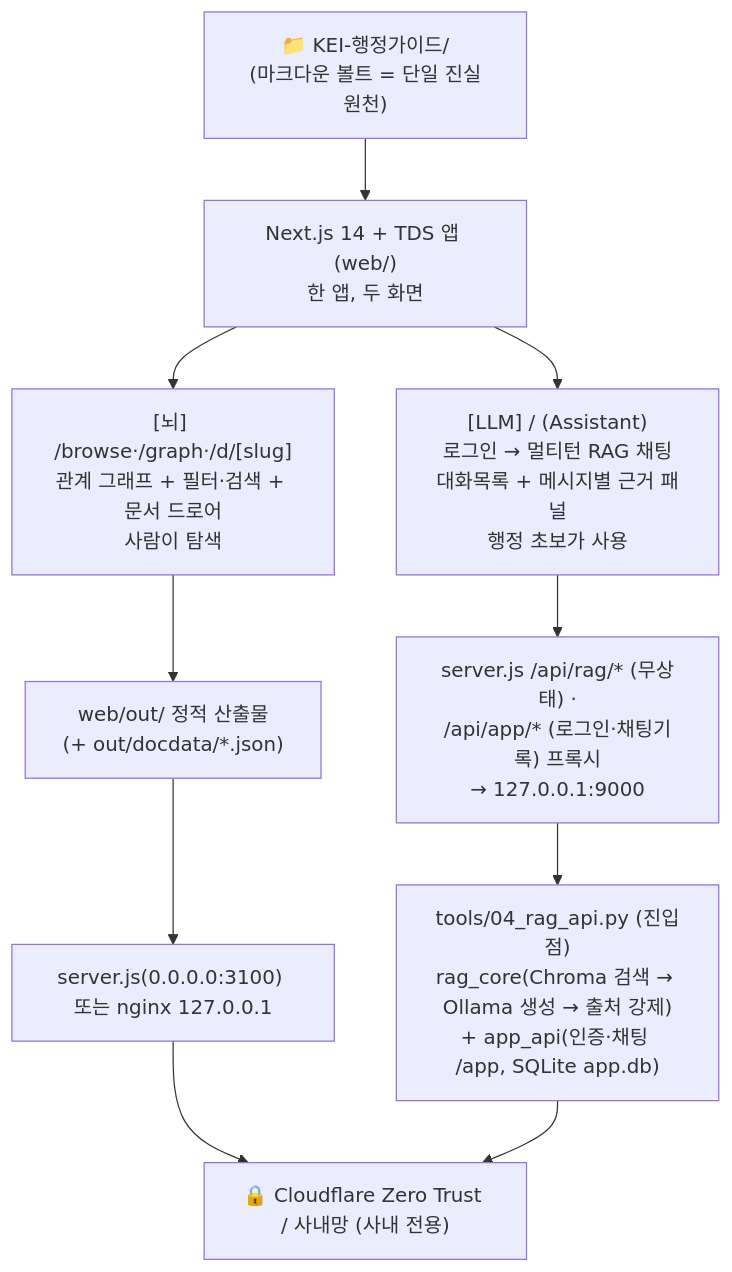
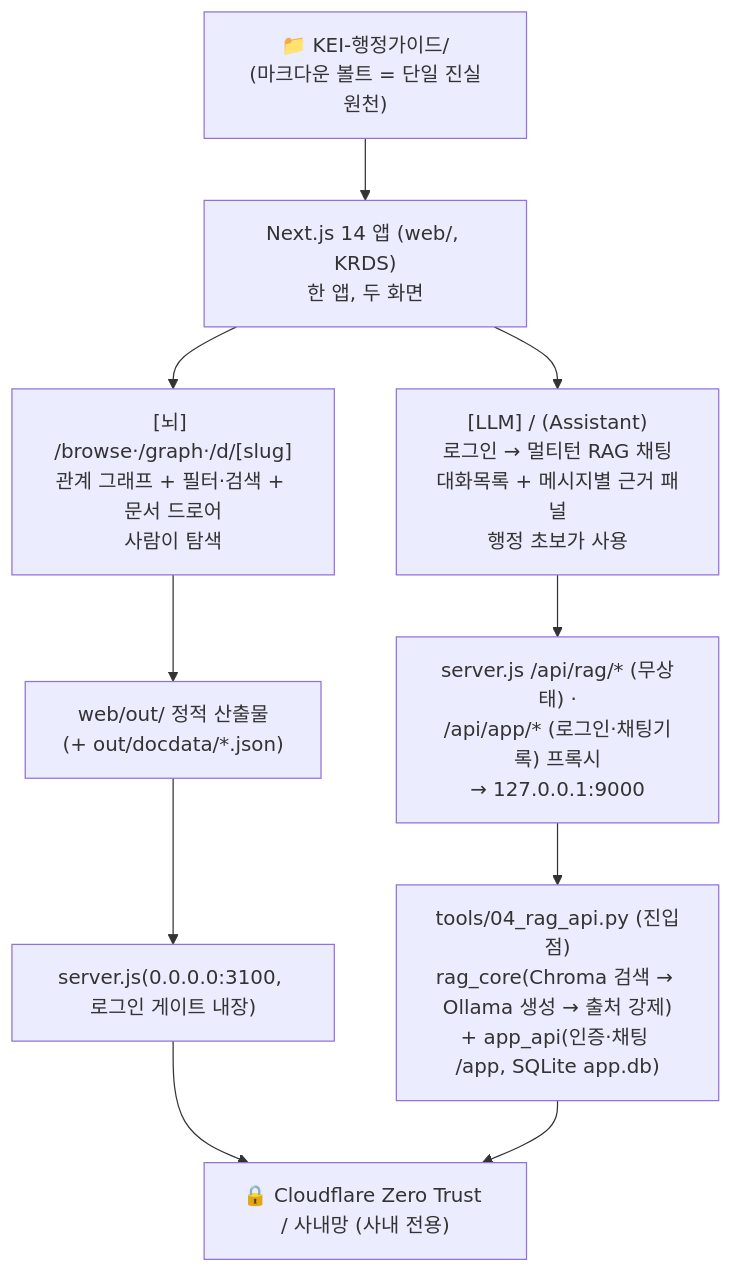
One commit to mooner92/KEIAdminSuperv changed the first of 3 diagrams in README.md. Above: the diagram before and after it, drawn with Mermaid. The commit also changed other lines of this file and 13 other files, not shown here.

````diff
--- a/README.md
+++ b/README.md
@@ -35,17 +35,17 @@
 ```mermaid
 flowchart TD
     Vault["📁 KEI-행정가이드/<br/>(마크다운 볼트 = 단일 진실원천)"]
 
-    Vault --> App["Next.js 14 + TDS 앱 (web/)<br/>한 앱, 두 화면"]
+    Vault --> App["Next.js 14 앱 (web/, KRDS)<br/>한 앱, 두 화면"]
 
     App --> Brain["[뇌] /browse·/graph·/d/[slug]<br/>관계 그래프 + 필터·검색 + 문서 드로어<br/>사람이 탐색"]
     App --> Assistant["[LLM] / (Assistant)<br/>로그인 → 멀티턴 RAG 채팅<br/>대화목록 + 메시지별 근거 패널<br/>행정 초보가 사용"]
 
     Brain --> Static["web/out/ 정적 산출물<br/>(+ out/docdata/*.json)"]
     Assistant --> Proxy["server.js /api/rag/* (무상태) ·<br/>/api/app/* (로그인·채팅기록) 프록시<br/>→ 127.0.0.1:9000"]
     Proxy --> RAG["tools/04_rag_api.py (진입점)<br/>rag_core(Chroma 검색 → Ollama 생성 → 출처 강제)<br/>+ app_api(인증·채팅 /app, SQLite app.db)"]
 
-    Static --> Serve["server.js(0.0.0.0:3100) 또는 nginx 127.0.0.1"]
+    Static --> Serve["server.js(0.0.0.0:3100, 로그인 게이트 내장)"]
     Serve --> ZT["🔒 Cloudflare Zero Trust / 사내망 (사내 전용)"]
     RAG --> ZT
 ```
````
